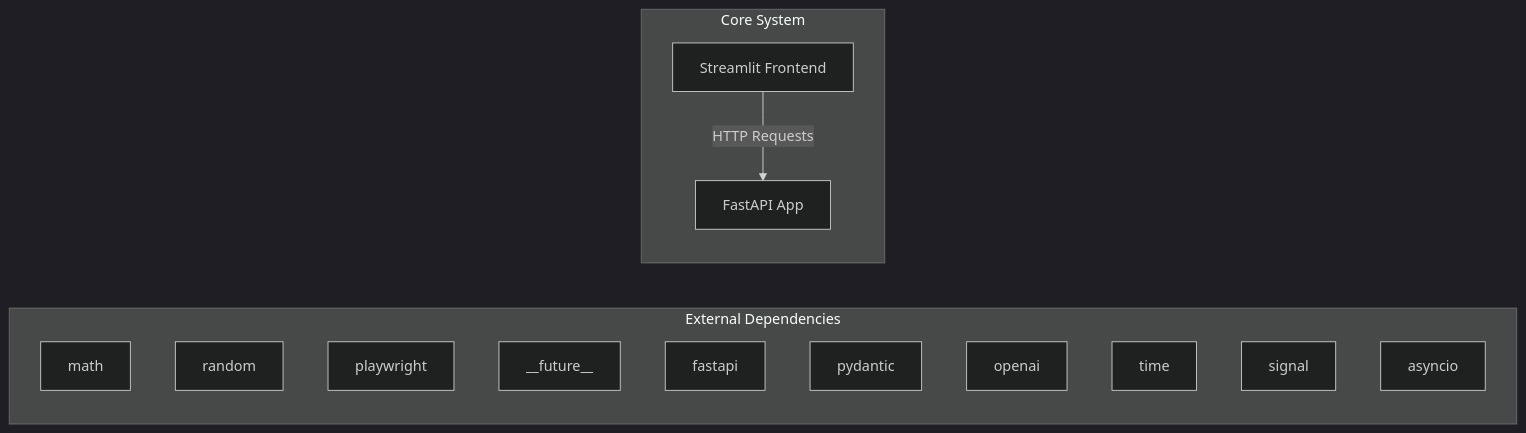
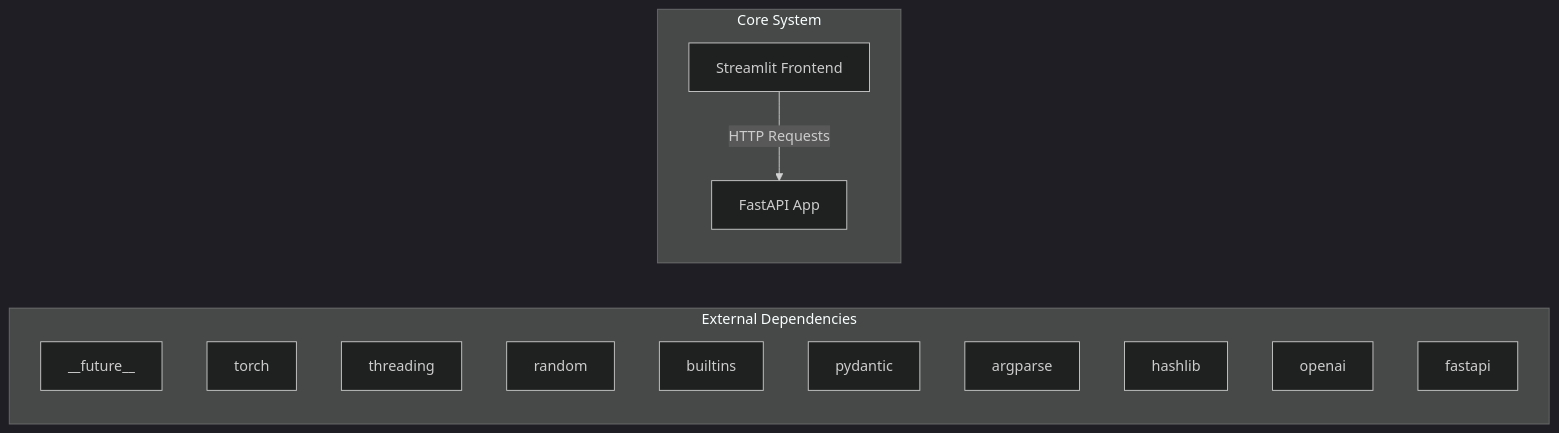
Before and after one commit to NITISH-R-G/rag-context-optimizer: the first of 2 diagrams in docs/architecture.md, drawn with Mermaid (dark theme). The commit also changed 1 other file, not shown here.

Commit message:
docs: auto-update repository knowledge, architecture diagrams, and documentation

````diff
--- a/docs/architecture.md
+++ b/docs/architecture.md
@@ -7,20 +7,20 @@
 ```mermaid
 graph LR
     subgraph External Dependencies
-        E0["math"]
-        E1["random"]
-        E2["playwright"]
-        E3["__future__"]
-        E4["fastapi"]
+        E0["__future__"]
+        E1["torch"]
+        E2["threading"]
+        E3["random"]
+        E4["builtins"]
         E5["pydantic"]
-        E6["openai"]
-        E7["time"]
-        E8["signal"]
-        E9["asyncio"]
+        E6["argparse"]
+        E7["hashlib"]
+        E8["openai"]
+        E9["fastapi"]
     end
     subgraph Core System
         API["FastAPI App"]
         UI["Streamlit Frontend"]
     end
     UI -->|HTTP Requests| API
 ```
````
